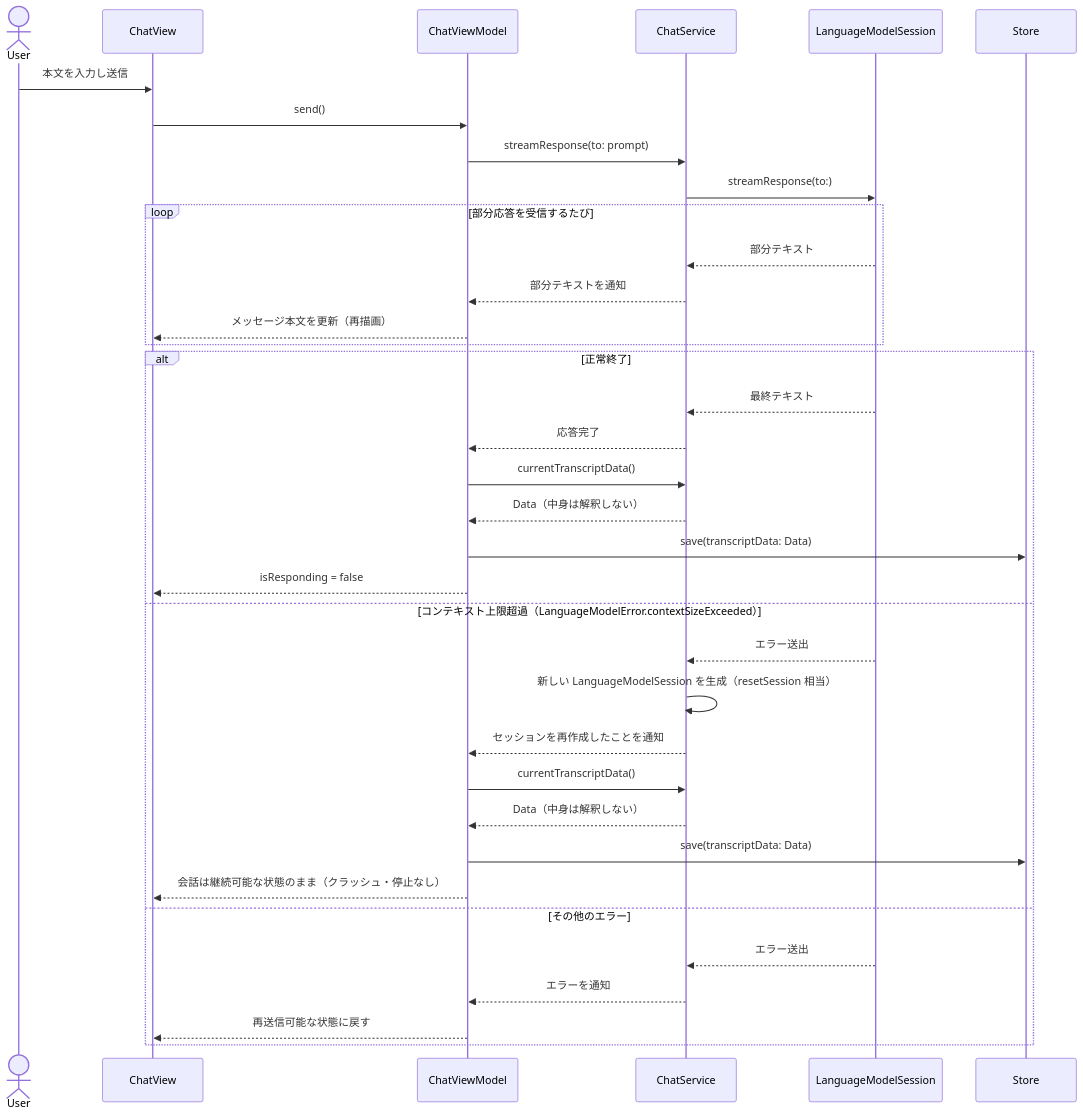
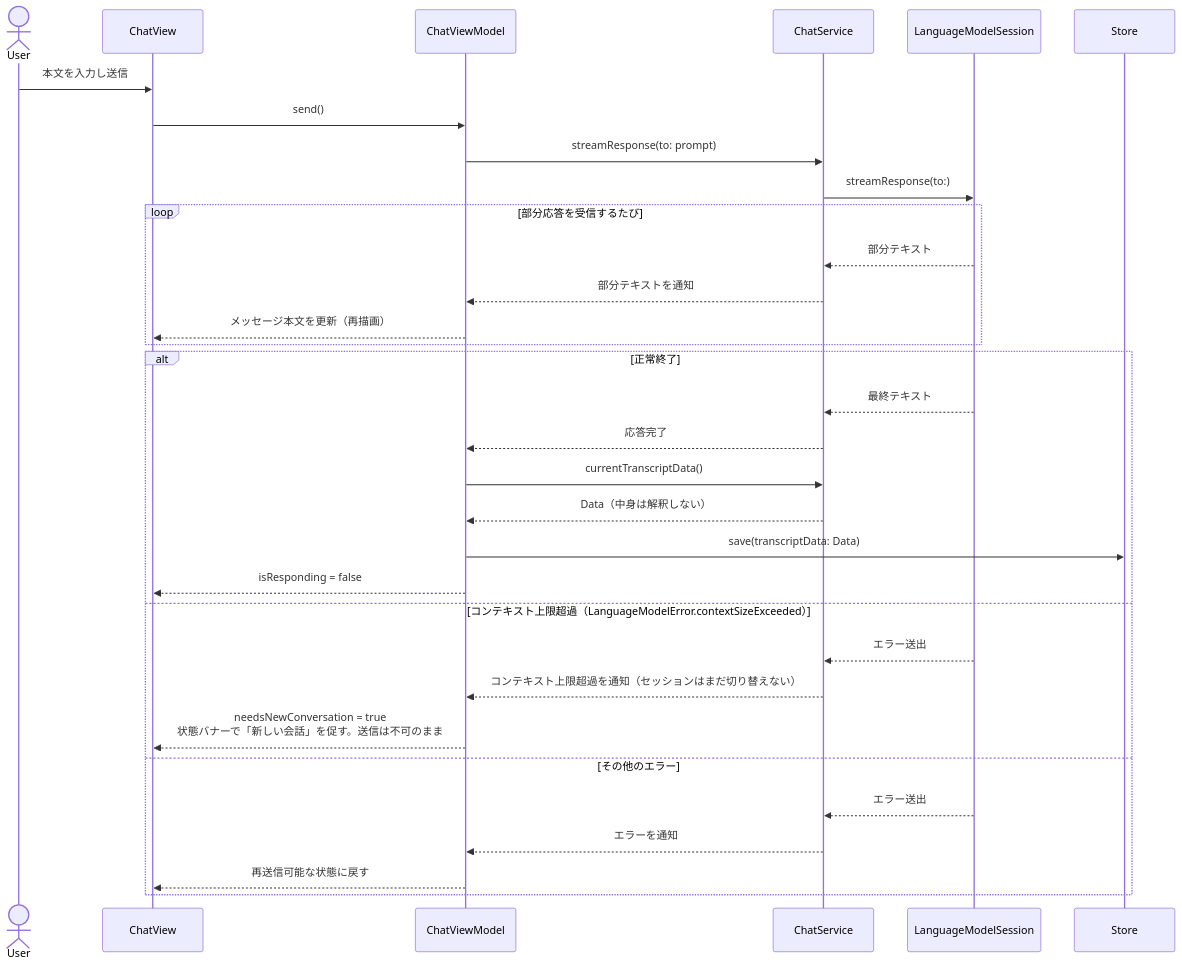
One commit to neko3cs/apple-fm-chat-app changed the third of 5 diagrams in docs/design.md. Above: the diagram before and after it, drawn with Mermaid. The commit also changed other lines of this file and 3 other files, not shown here.

````diff
--- a/docs/design.md
+++ b/docs/design.md
@@ -97,39 +99,35 @@
 ```mermaid
 sequenceDiagram
     actor User
     participant View as ChatView
     participant VM as ChatViewModel
     participant Svc as ChatService
     participant Session as LanguageModelSession
 
     User->>View: 本文を入力し送信
     View->>VM: send()
     VM->>Svc: streamResponse(to: prompt)
     Svc->>Session: streamResponse(to:)
     loop 部分応答を受信するたび
         Session-->>Svc: 部分テキスト
         Svc-->>VM: 部分テキストを通知
         VM-->>View: メッセージ本文を更新（再描画）
     end
 
     alt 正常終了
         Session-->>Svc: 最終テキスト
         Svc-->>VM: 応答完了
         VM->>Svc: currentTranscriptData()
         Svc-->>VM: Data（中身は解釈しない）
         VM->>Store: save(transcriptData: Data)
         VM-->>View: isResponding = false
     else コンテキスト上限超過（LanguageModelError.contextSizeExceeded）
         Session-->>Svc: エラー送出
-        Svc->>Svc: 新しい LanguageModelSession を生成（resetSession 相当）
-        Svc-->>VM: セッションを再作成したことを通知
-        VM->>Svc: currentTranscriptData()
-        Svc-->>VM: Data（中身は解釈しない）
-        VM->>Store: save(transcriptData: Data)
-        VM-->>View: 会話は継続可能な状態のまま（クラッシュ・停止なし）
+        Svc-->>VM: コンテキスト上限超過を通知（セッションはまだ切り替えない）
+        VM-->>View: needsNewConversation = true<br/>状態バナーで「新しい会話」を促す。送信は不可のまま
     else その他のエラー
         Session-->>Svc: エラー送出
         Svc-->>VM: エラーを通知
         VM-->>View: 再送信可能な状態に戻す
     end
 ```
````
